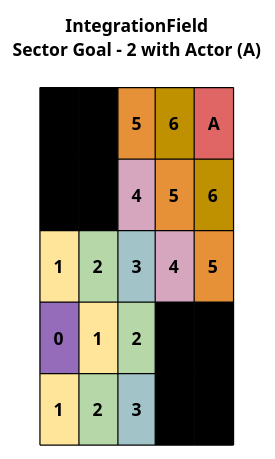
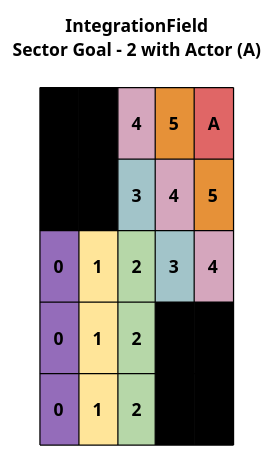
One commit to BlondeBurrito/bevy_flowfield_tiles_plugin changed the diagram in docs/png/int_field_sector_to_sector_2.puml. Above: the diagram before and after it, drawn with PlantUML. The commit also changed 74 other files, not shown here.

```diff
--- a/docs/png/int_field_sector_to_sector_2.puml
+++ b/docs/png/int_field_sector_to_sector_2.puml
@@ -1,13 +1,13 @@
 @startuml int_field_sector_to_sector_2
 
 title
 IntegrationField
 Sector Goal - 2 with Actor (A)
 
-|<#000000>\n   X   \n|<#000000>\n   X   \n|<#e69138>\n   5   \n|<#bf9000>\n   6   \n|<#e06666>\n   A   \n|
-|<#000000>\n   X   \n|<#000000>\n   X   \n|<#d5a6bd>\n   4   \n|<#e69138>\n   5   \n|<#bf9000>\n   6   \n|
-|<#ffe599>\n   1   \n|<#b6d7a8>\n   2   \n|<#a2c4c9>\n   3   \n|<#d5a6bd>\n   4   \n|<#e69138>\n   5   \n|
+|<#000000>\n   X   \n|<#000000>\n   X   \n|<#d5a6bd>\n   4   \n|<#e69138>\n   5   \n|<#e06666>\n   A   \n|
+|<#000000>\n   X   \n|<#000000>\n   X   \n|<#a2c4c9>\n   3   \n|<#d5a6bd>\n   4   \n|<#e69138>\n   5   \n|
+|<#946cba>\n   0   \n|<#ffe599>\n   1   \n|<#b6d7a8>\n   2   \n|<#a2c4c9>\n   3   \n|<#d5a6bd>\n   4   \n|
 |<#946cba>\n   0   \n|<#ffe599>\n   1   \n|<#b6d7a8>\n   2   \n|<#000000>\n   X   \n|<#000000>\n   X   \n|
-|<#ffe599>\n   1   \n|<#b6d7a8>\n   2   \n|<#a2c4c9>\n   3   \n|<#000000>\n   X   \n|<#000000>\n   X   \n|
+|<#946cba>\n   0   \n|<#ffe599>\n   1   \n|<#b6d7a8>\n   2   \n|<#000000>\n   X   \n|<#000000>\n   X   \n|
 end title
 @enduml
```
